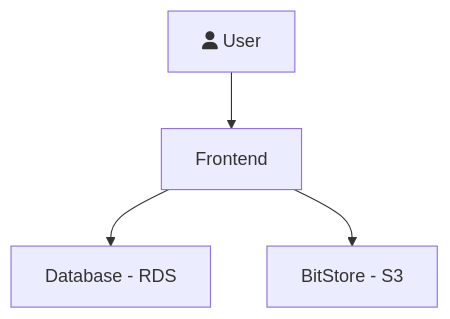
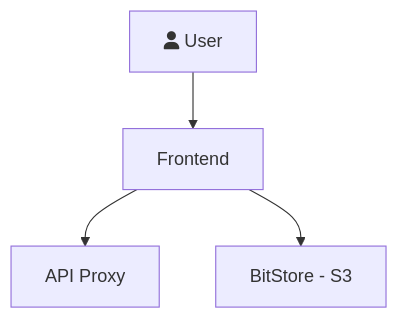
One commit to datopian/datahub-docs-tech changed the first of 4 diagrams in docs/developers/deploy.md. Above: the diagram before and after it, drawn with Mermaid. The commit also changed other lines of this file and 2 other files, not shown here.

First line of the commit message:
Features/docs installation architecture (#55)

```diff
--- a/docs/developers/deploy.md
+++ b/docs/developers/deploy.md
@@ -13,7 +13,7 @@
 <div class="mermaid">
 graph TD
 
   user[fa:fa-user User] --> frontend[Frontend]
-  frontend --> db[Database - RDS]
+  frontend --> apiproxy[API Proxy]
   frontend --> bits[BitStore - S3]
 </div>
```
